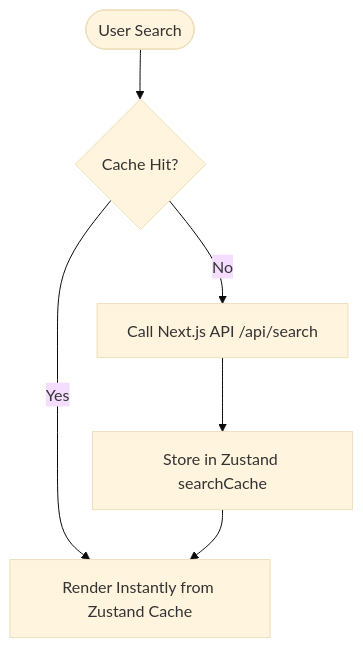
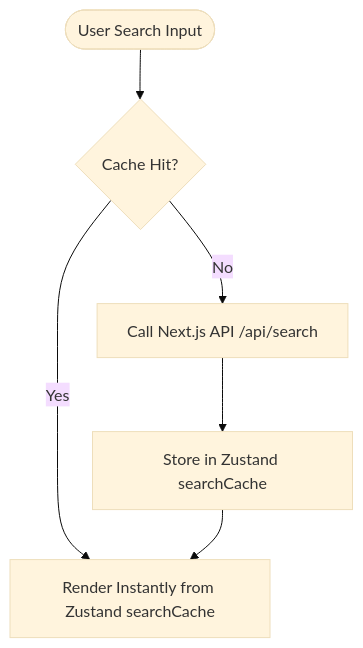
One commit to yash9359/FLOWTUNES changed the first of 2 diagrams in README.md. Above: the diagram before and after it, drawn with Mermaid (base theme). The commit also changed other lines of this file and 3 other files, not shown here.

````diff
--- a/README.md
+++ b/README.md
@@ -87,8 +107,8 @@
 ```mermaid
 graph TD
-    User([User Search]) --> CacheCheck{Cache Hit?}
-    CacheCheck -- Yes --> UI[Render Instantly from Zustand Cache]
+    User([User Search Input]) --> CacheCheck{Cache Hit?}
+    CacheCheck -- Yes --> UI[Render Instantly from Zustand searchCache]
     CacheCheck -- No --> API[Call Next.js API /api/search]
     API --> SaveCache[Store in Zustand searchCache]
     SaveCache --> UI
 ```
````
